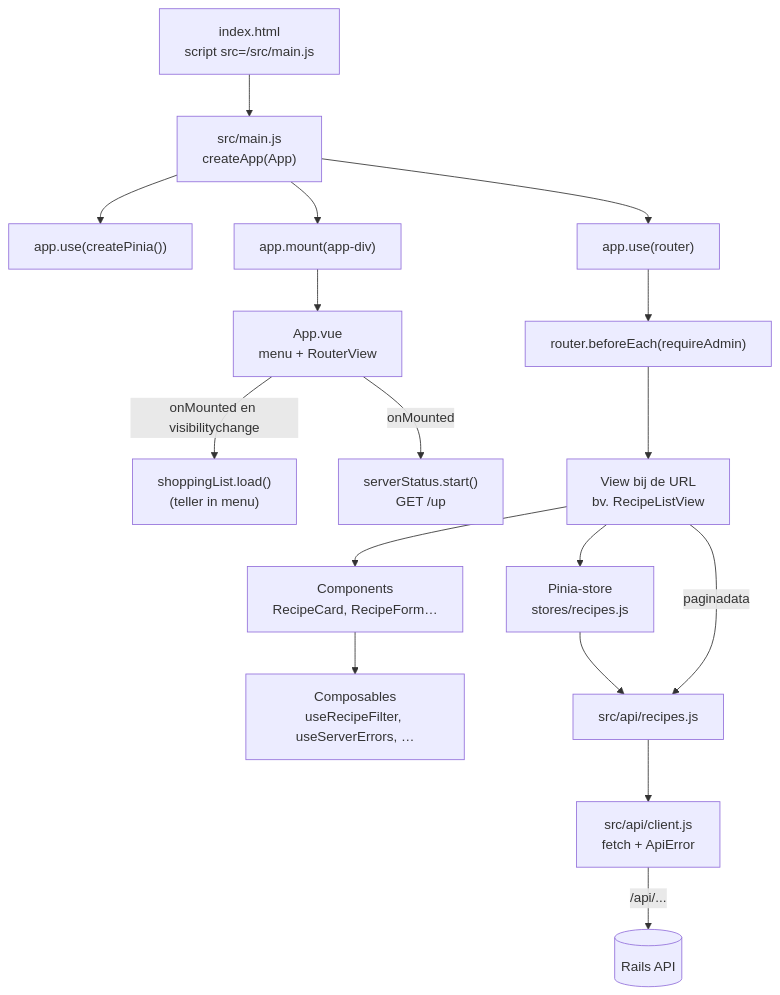
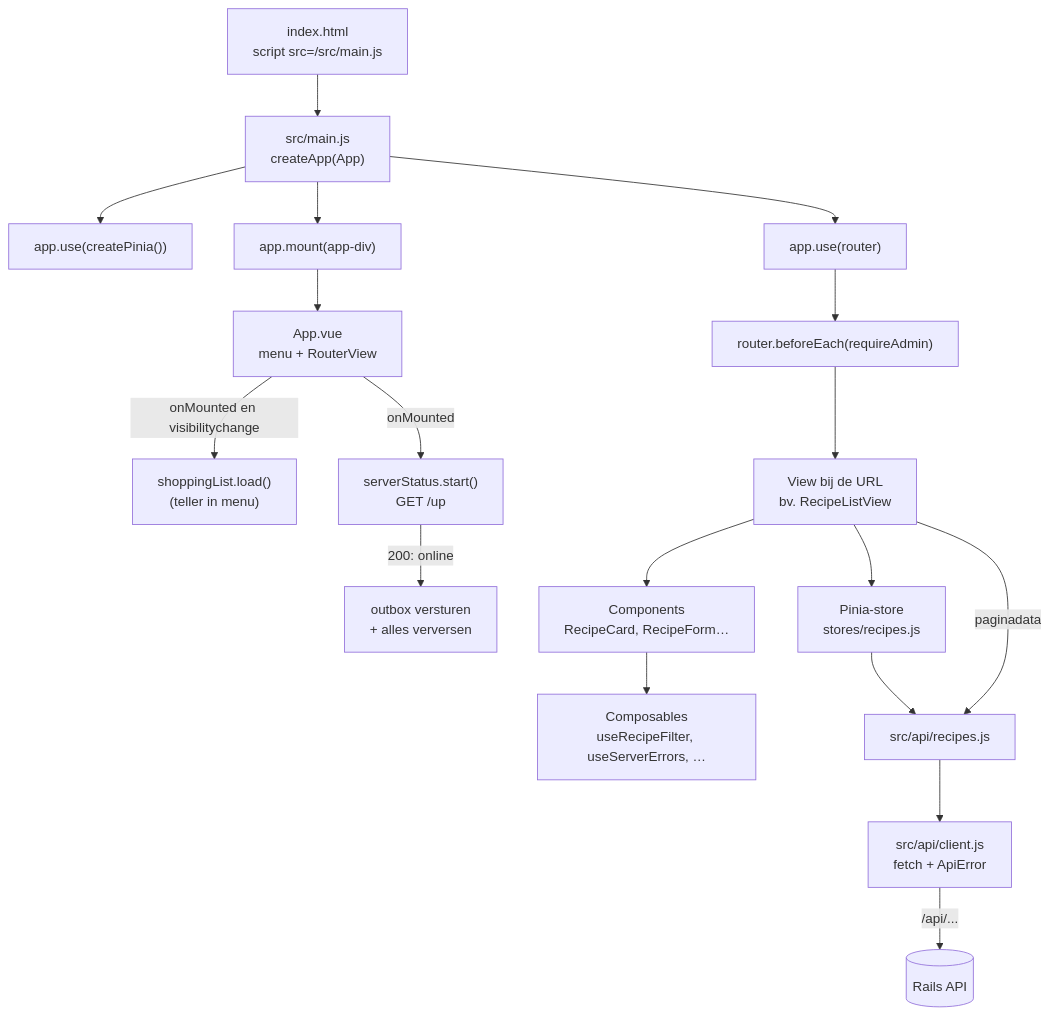
Before and after one commit to lobkest/receptenapp: the fourth of 8 diagrams in docs/code_overzicht.md, drawn with Mermaid. The commit also changed other lines of this file and 64 other files, not shown here.

````diff
--- a/docs/code_overzicht.md
+++ b/docs/code_overzicht.md
@@ -342,19 +352,20 @@
 ```mermaid
 flowchart TD
   H["index.html<br/>script src=/src/main.js"] --> M["src/main.js<br/>createApp(App)"]
   M --> P["app.use(createPinia())"]
   M --> RT["app.use(router)"]
   M --> MT["app.mount(app-div)"]
   MT --> APP["App.vue<br/>menu + RouterView"]
   APP -->|"onMounted en visibilitychange"| SL["shoppingList.load()<br/>(teller in menu)"]
   APP -->|"onMounted"| SS["serverStatus.start()<br/>GET /up"]
+  SS -->|"200: online"| SY["outbox versturen<br/>+ alles verversen"]
   RT --> G["router.beforeEach(requireAdmin)"]
   G --> V["View bij de URL<br/>bv. RecipeListView"]
   V --> CO["Components<br/>RecipeCard, RecipeForm…"]
   CO --> CP["Composables<br/>useRecipeFilter, useServerErrors, …"]
   V --> S["Pinia-store<br/>stores/recipes.js"]
   S --> A["src/api/recipes.js"]
   V -->|"paginadata"| A
   A --> CL["src/api/client.js<br/>fetch + ApiError"]
   CL -->|"/api/..."| RAILS[(Rails API)]
 ```
````
